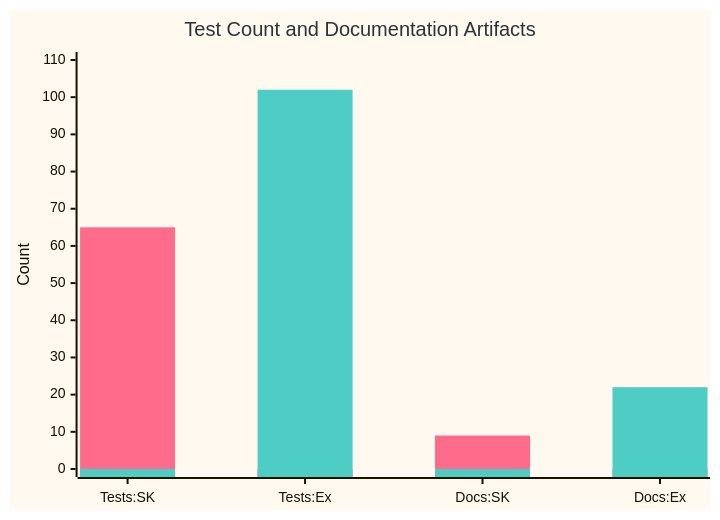
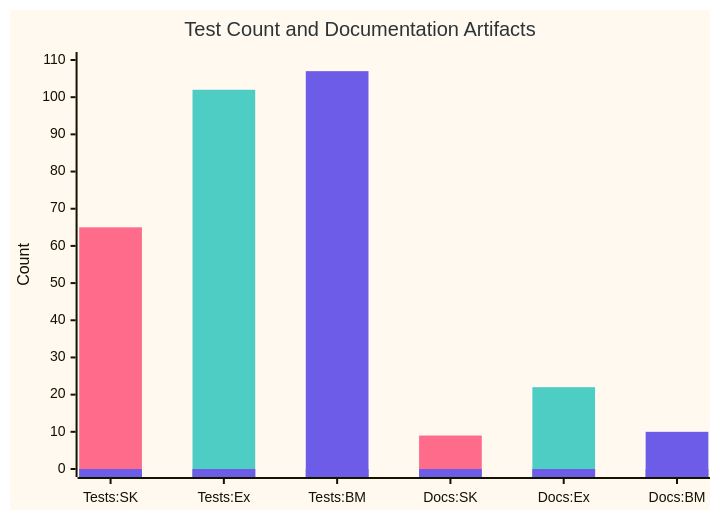
The fifth of 5 diagrams in comparison-report.md (vunvulear/speckit-assessment), drawn with Mermaid before and after one commit. The commit also changed other lines of this file and 567 other files, not shown here.

````diff
--- a/comparison-report.md
+++ b/comparison-report.md
@@ -99,9 +104,10 @@
 ```mermaid
-%%{init: {'theme': 'base', 'themeVariables': {'xyChart': {'backgroundColor': '#FFF9F0', 'titleColor': '#2D3436', 'plotColorPalette': '#FF6B8A, #4ECDC4'}}}}%%
+%%{init: {'theme': 'base', 'themeVariables': {'xyChart': {'backgroundColor': '#FFF9F0', 'titleColor': '#2D3436', 'plotColorPalette': '#FF6B8A, #4ECDC4, #6C5CE7'}}}}%%
 xychart-beta
     title "Test Count and Documentation Artifacts"
-    x-axis ["Tests:SK", "Tests:Ex", "Docs:SK", "Docs:Ex"]
+    x-axis ["Tests:SK", "Tests:Ex", "Tests:BM", "Docs:SK", "Docs:Ex", "Docs:BM"]
     y-axis "Count" 0 --> 110
-    bar [65, 0, 9, 0]
-    bar [0, 102, 0, 22]
+    bar [65, 0, 0, 9, 0, 0]
+    bar [0, 102, 0, 0, 22, 0]
+    bar [0, 0, 107, 0, 0, 10]
 ```
````
